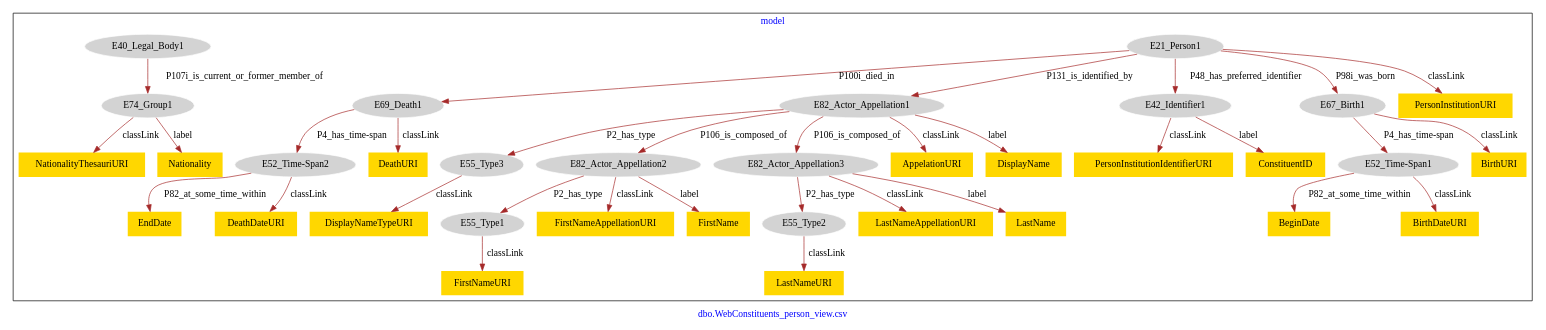
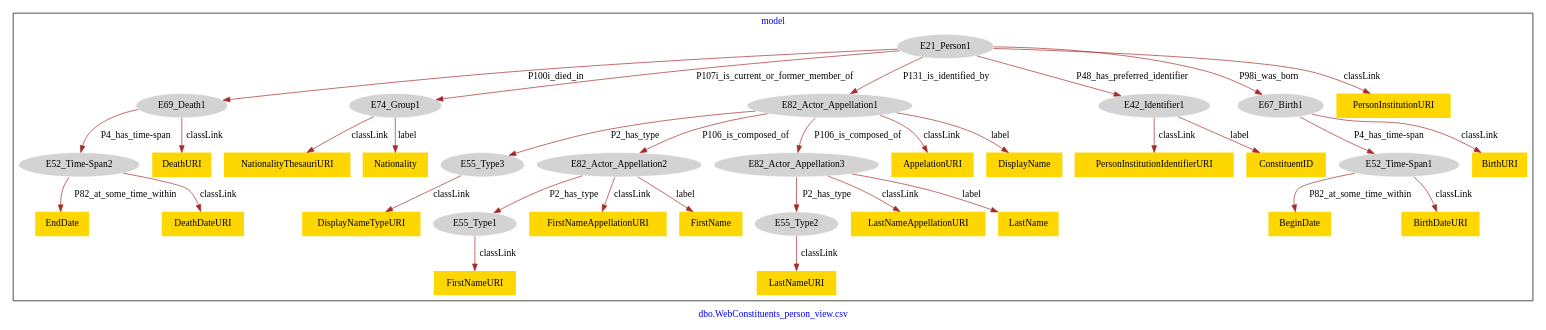
Before and after one commit to usc-isi-i2/saam-lod: the diagram in models-graphviz/dbo.WebConstituents_person_view.csv.model.dot, drawn with Graphviz. The commit also changed 150 other files, not shown here.

```diff
--- a/models-graphviz/dbo.WebConstituents_person_view.csv.model.dot
+++ b/models-graphviz/dbo.WebConstituents_person_view.csv.model.dot
@@ -1,74 +1,73 @@
 digraph n0 {
 fontcolor="blue"
 remincross="true"
 label="dbo.WebConstituents_person_view.csv"
 subgraph cluster {
 label="model"
 n2[style="filled",color="white",fillcolor="lightgray",label="E21_Person1"];
 n3[style="filled",color="white",fillcolor="lightgray",label="E69_Death1"];
-n4[style="filled",color="white",fillcolor="lightgray",label="E82_Actor_Appellation1"];
-n5[style="filled",color="white",fillcolor="lightgray",label="E42_Identifier1"];
-n6[style="filled",color="white",fillcolor="lightgray",label="E67_Birth1"];
-n7[shape="plaintext",style="filled",fillcolor="gold",label="PersonInstitutionURI"];
-n8[style="filled",color="white",fillcolor="lightgray",label="E40_Legal_Body1"];
-n9[style="filled",color="white",fillcolor="lightgray",label="E74_Group1"];
-n10[shape="plaintext",style="filled",fillcolor="gold",label="PersonInstitutionIdentifierURI"];
-n11[shape="plaintext",style="filled",fillcolor="gold",label="ConstituentID"];
-n12[style="filled",color="white",fillcolor="lightgray",label="E52_Time-Span1"];
-n13[shape="plaintext",style="filled",fillcolor="gold",label="BeginDate"];
-n14[shape="plaintext",style="filled",fillcolor="gold",label="BirthDateURI"];
-n15[style="filled",color="white",fillcolor="lightgray",label="E52_Time-Span2"];
-n16[shape="plaintext",style="filled",fillcolor="gold",label="EndDate"];
-n17[shape="plaintext",style="filled",fillcolor="gold",label="DeathDateURI"];
-n18[style="filled",color="white",fillcolor="lightgray",label="E55_Type1"];
-n19[shape="plaintext",style="filled",fillcolor="gold",label="FirstNameURI"];
-n20[style="filled",color="white",fillcolor="lightgray",label="E55_Type2"];
-n21[shape="plaintext",style="filled",fillcolor="gold",label="LastNameURI"];
-n22[style="filled",color="white",fillcolor="lightgray",label="E55_Type3"];
-n23[shape="plaintext",style="filled",fillcolor="gold",label="DisplayNameTypeURI"];
-n24[shape="plaintext",style="filled",fillcolor="gold",label="BirthURI"];
-n25[shape="plaintext",style="filled",fillcolor="gold",label="DeathURI"];
-n26[shape="plaintext",style="filled",fillcolor="gold",label="NationalityThesauriURI"];
-n27[shape="plaintext",style="filled",fillcolor="gold",label="Nationality"];
-n28[style="filled",color="white",fillcolor="lightgray",label="E82_Actor_Appellation2"];
-n29[style="filled",color="white",fillcolor="lightgray",label="E82_Actor_Appellation3"];
-n30[shape="plaintext",style="filled",fillcolor="gold",label="AppelationURI"];
-n31[shape="plaintext",style="filled",fillcolor="gold",label="DisplayName"];
-n32[shape="plaintext",style="filled",fillcolor="gold",label="FirstNameAppellationURI"];
-n33[shape="plaintext",style="filled",fillcolor="gold",label="FirstName"];
-n34[shape="plaintext",style="filled",fillcolor="gold",label="LastNameAppellationURI"];
-n35[shape="plaintext",style="filled",fillcolor="gold",label="LastName"];
+n4[style="filled",color="white",fillcolor="lightgray",label="E74_Group1"];
+n5[style="filled",color="white",fillcolor="lightgray",label="E82_Actor_Appellation1"];
+n6[style="filled",color="white",fillcolor="lightgray",label="E42_Identifier1"];
+n7[style="filled",color="white",fillcolor="lightgray",label="E67_Birth1"];
+n8[shape="plaintext",style="filled",fillcolor="gold",label="PersonInstitutionURI"];
+n9[shape="plaintext",style="filled",fillcolor="gold",label="PersonInstitutionIdentifierURI"];
+n10[shape="plaintext",style="filled",fillcolor="gold",label="ConstituentID"];
+n11[style="filled",color="white",fillcolor="lightgray",label="E52_Time-Span1"];
+n12[shape="plaintext",style="filled",fillcolor="gold",label="BeginDate"];
+n13[shape="plaintext",style="filled",fillcolor="gold",label="BirthDateURI"];
+n14[style="filled",color="white",fillcolor="lightgray",label="E52_Time-Span2"];
+n15[shape="plaintext",style="filled",fillcolor="gold",label="EndDate"];
+n16[shape="plaintext",style="filled",fillcolor="gold",label="DeathDateURI"];
+n17[style="filled",color="white",fillcolor="lightgray",label="E55_Type1"];
+n18[shape="plaintext",style="filled",fillcolor="gold",label="FirstNameURI"];
+n19[style="filled",color="white",fillcolor="lightgray",label="E55_Type2"];
+n20[shape="plaintext",style="filled",fillcolor="gold",label="LastNameURI"];
+n21[style="filled",color="white",fillcolor="lightgray",label="E55_Type3"];
+n22[shape="plaintext",style="filled",fillcolor="gold",label="DisplayNameTypeURI"];
+n23[shape="plaintext",style="filled",fillcolor="gold",label="BirthURI"];
+n24[shape="plaintext",style="filled",fillcolor="gold",label="DeathURI"];
+n25[shape="plaintext",style="filled",fillcolor="gold",label="NationalityThesauriURI"];
+n26[shape="plaintext",style="filled",fillcolor="gold",label="Nationality"];
+n27[style="filled",color="white",fillcolor="lightgray",label="E82_Actor_Appellation2"];
+n28[style="filled",color="white",fillcolor="lightgray",label="E82_Actor_Appellation3"];
+n29[shape="plaintext",style="filled",fillcolor="gold",label="AppelationURI"];
+n30[shape="plaintext",style="filled",fillcolor="gold",label="DisplayName"];
+n31[shape="plaintext",style="filled",fillcolor="gold",label="FirstNameAppellationURI"];
+n32[shape="plaintext",style="filled",fillcolor="gold",label="FirstName"];
+n33[shape="plaintext",style="filled",fillcolor="gold",label="LastNameAppellationURI"];
+n34[shape="plaintext",style="filled",fillcolor="gold",label="LastName"];
 }
 n2 -> n3[color="brown",fontcolor="black",label="P100i_died_in"]
-n2 -> n4[color="brown",fontcolor="black",label="P131_is_identified_by"]
-n2 -> n5[color="brown",fontcolor="black",label="P48_has_preferred_identifier"]
-n2 -> n6[color="brown",fontcolor="black",label="P98i_was_born"]
-n2 -> n7[color="brown",fontcolor="black",label="classLink"]
-n8 -> n9[color="brown",fontcolor="black",label="P107i_is_current_or_former_member_of"]
-n5 -> n10[color="brown",fontcolor="black",label="classLink"]
-n5 -> n11[color="brown",fontcolor="black",label="label"]
-n12 -> n13[color="brown",fontcolor="black",label="P82_at_some_time_within"]
-n12 -> n14[color="brown",fontcolor="black",label="classLink"]
-n15 -> n16[color="brown",fontcolor="black",label="P82_at_some_time_within"]
-n15 -> n17[color="brown",fontcolor="black",label="classLink"]
-n18 -> n19[color="brown",fontcolor="black",label="classLink"]
-n20 -> n21[color="brown",fontcolor="black",label="classLink"]
-n22 -> n23[color="brown",fontcolor="black",label="classLink"]
-n6 -> n12[color="brown",fontcolor="black",label="P4_has_time-span"]
-n6 -> n24[color="brown",fontcolor="black",label="classLink"]
-n3 -> n15[color="brown",fontcolor="black",label="P4_has_time-span"]
-n3 -> n25[color="brown",fontcolor="black",label="classLink"]
-n9 -> n26[color="brown",fontcolor="black",label="classLink"]
-n9 -> n27[color="brown",fontcolor="black",label="label"]
-n4 -> n28[color="brown",fontcolor="black",label="P106_is_composed_of"]
-n4 -> n29[color="brown",fontcolor="black",label="P106_is_composed_of"]
-n4 -> n22[color="brown",fontcolor="black",label="P2_has_type"]
-n4 -> n30[color="brown",fontcolor="black",label="classLink"]
-n4 -> n31[color="brown",fontcolor="black",label="label"]
-n28 -> n18[color="brown",fontcolor="black",label="P2_has_type"]
-n28 -> n32[color="brown",fontcolor="black",label="classLink"]
-n28 -> n33[color="brown",fontcolor="black",label="label"]
-n29 -> n20[color="brown",fontcolor="black",label="P2_has_type"]
-n29 -> n34[color="brown",fontcolor="black",label="classLink"]
-n29 -> n35[color="brown",fontcolor="black",label="label"]
+n2 -> n4[color="brown",fontcolor="black",label="P107i_is_current_or_former_member_of"]
+n2 -> n5[color="brown",fontcolor="black",label="P131_is_identified_by"]
+n2 -> n6[color="brown",fontcolor="black",label="P48_has_preferred_identifier"]
+n2 -> n7[color="brown",fontcolor="black",label="P98i_was_born"]
+n2 -> n8[color="brown",fontcolor="black",label="classLink"]
+n6 -> n9[color="brown",fontcolor="black",label="classLink"]
+n6 -> n10[color="brown",fontcolor="black",label="label"]
+n11 -> n12[color="brown",fontcolor="black",label="P82_at_some_time_within"]
+n11 -> n13[color="brown",fontcolor="black",label="classLink"]
+n14 -> n15[color="brown",fontcolor="black",label="P82_at_some_time_within"]
+n14 -> n16[color="brown",fontcolor="black",label="classLink"]
+n17 -> n18[color="brown",fontcolor="black",label="classLink"]
+n19 -> n20[color="brown",fontcolor="black",label="classLink"]
+n21 -> n22[color="brown",fontcolor="black",label="classLink"]
+n7 -> n11[color="brown",fontcolor="black",label="P4_has_time-span"]
+n7 -> n23[color="brown",fontcolor="black",label="classLink"]
+n3 -> n14[color="brown",fontcolor="black",label="P4_has_time-span"]
+n3 -> n24[color="brown",fontcolor="black",label="classLink"]
+n4 -> n25[color="brown",fontcolor="black",label="classLink"]
+n4 -> n26[color="brown",fontcolor="black",label="label"]
+n5 -> n27[color="brown",fontcolor="black",label="P106_is_composed_of"]
+n5 -> n28[color="brown",fontcolor="black",label="P106_is_composed_of"]
+n5 -> n21[color="brown",fontcolor="black",label="P2_has_type"]
+n5 -> n29[color="brown",fontcolor="black",label="classLink"]
+n5 -> n30[color="brown",fontcolor="black",label="label"]
+n27 -> n17[color="brown",fontcolor="black",label="P2_has_type"]
+n27 -> n31[color="brown",fontcolor="black",label="classLink"]
+n27 -> n32[color="brown",fontcolor="black",label="label"]
+n28 -> n19[color="brown",fontcolor="black",label="P2_has_type"]
+n28 -> n33[color="brown",fontcolor="black",label="classLink"]
+n28 -> n34[color="brown",fontcolor="black",label="label"]
 }
```
